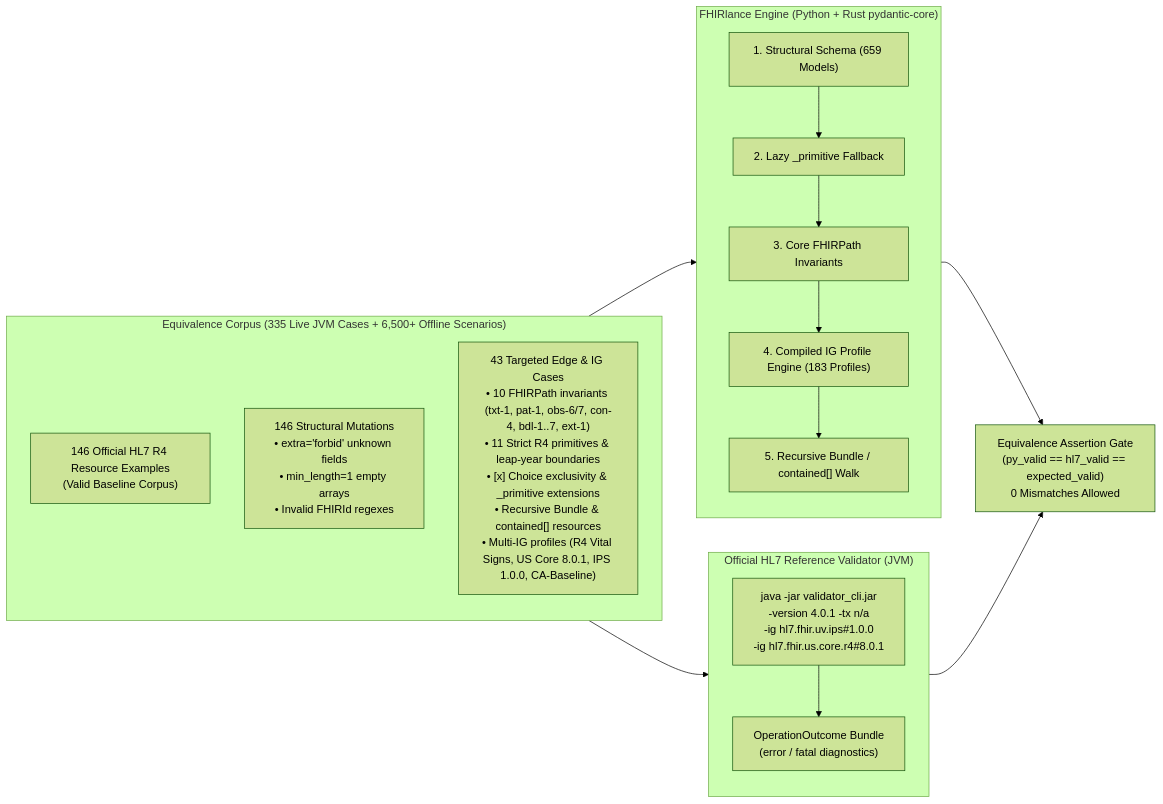
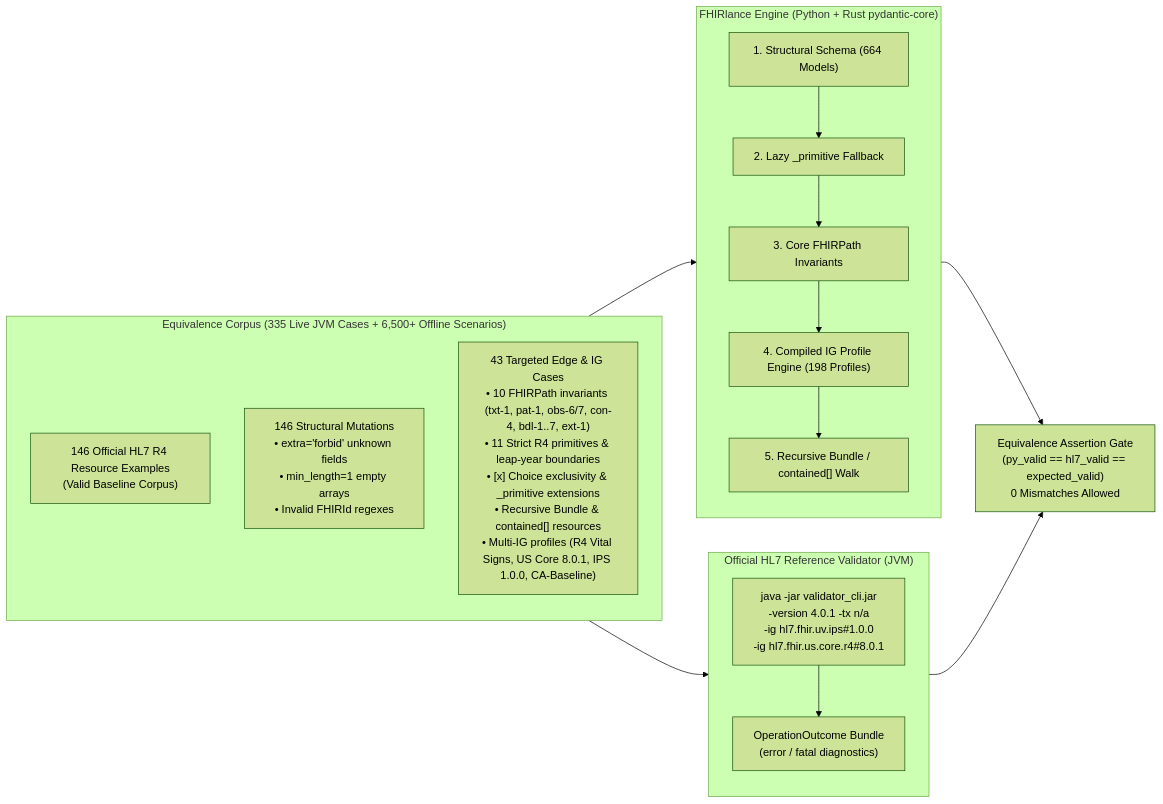
One commit to damsonaldson/FHIRlance changed the diagram in docs/equivalence-and-testing.md. Above: the diagram before and after it, drawn with Mermaid (forest theme). The commit also changed other lines of this file and 6 other files, not shown here.

````diff
--- a/docs/equivalence-and-testing.md
+++ b/docs/equivalence-and-testing.md
@@ -20,31 +20,31 @@
 ```mermaid
 flowchart LR
     subgraph Corpus["Equivalence Corpus (335 Live JVM Cases + 6,500+ Offline Scenarios)"]
         direction TB
         C1["146 Official HL7 R4 Resource Examples<br/>(Valid Baseline Corpus)"]
         C2["146 Structural Mutations<br/>• extra='forbid' unknown fields<br/>• min_length=1 empty arrays<br/>• Invalid FHIRId regexes"]
         C3["43 Targeted Edge & IG Cases<br/>• 10 FHIRPath invariants (txt-1, pat-1, obs-6/7, con-4, bdl-1..7, ext-1)<br/>• 11 Strict R4 primitives & leap-year boundaries<br/>• [x] Choice exclusivity & _primitive extensions<br/>• Recursive Bundle & contained[] resources<br/>• Multi-IG profiles (R4 Vital Signs, US Core 8.0.1, IPS 1.0.0, CA-Baseline)"]
     end
 
     subgraph PY["FHIRlance Engine (Python + Rust pydantic-core)"]
         direction TB
-        P1["1. Structural Schema (659 Models)"]
+        P1["1. Structural Schema (664 Models)"]
         P2["2. Lazy _primitive Fallback"]
         P3["3. Core FHIRPath Invariants"]
-        P4["4. Compiled IG Profile Engine (183 Profiles)"]
+        P4["4. Compiled IG Profile Engine (198 Profiles)"]
         P5["5. Recursive Bundle / contained[] Walk"]
         P1 --> P2 --> P3 --> P4 --> P5
     end
 
     subgraph JAVA["Official HL7 Reference Validator (JVM)"]
         direction TB
         J1["java -jar validator_cli.jar<br/>-version 4.0.1 -tx n/a<br/>-ig hl7.fhir.uv.ips#1.0.0<br/>-ig hl7.fhir.us.core.r4#8.0.1"]
         J2["OperationOutcome Bundle<br/>(error / fatal diagnostics)"]
         J1 --> J2
     end
 
     ASSERT["Equivalence Assertion Gate<br/>(py_valid == hl7_valid == expected_valid)<br/>0 Mismatches Allowed"]
 
     Corpus --> PY --> ASSERT
     Corpus --> JAVA --> ASSERT
 ```
````
